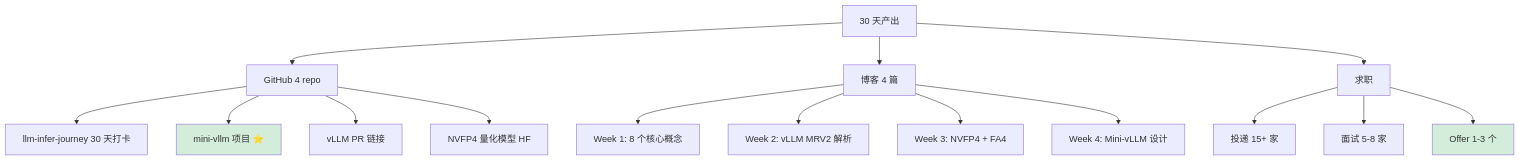
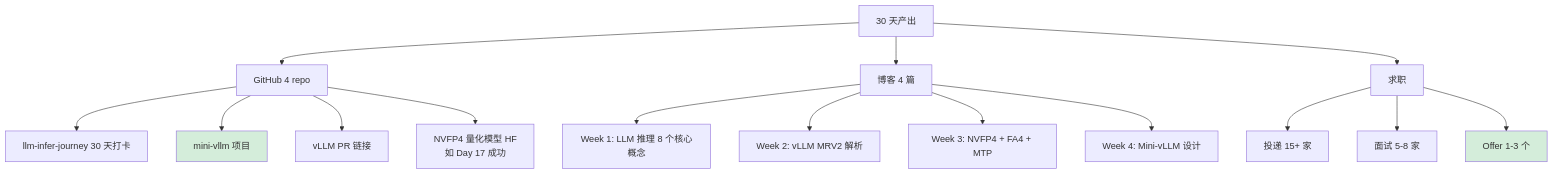
The third of 3 diagrams in 05-week4.md (Xuefei-Zhang/llm-infer-journey), drawn with Mermaid before and after one commit. The commit also changed other lines of this file and 11 other files, not shown here.

````diff
--- a/05-week4.md
+++ b/05-week4.md
@@ -482,24 +488,24 @@
 ```mermaid
 graph TD
     T[30 天产出]
 
     T --> A[GitHub 4 repo]
     A --> A1[llm-infer-journey 30 天打卡]
-    A --> A2[mini-vllm 项目 ⭐]
+    A --> A2[mini-vllm 项目]
     A --> A3[vLLM PR 链接]
-    A --> A4[NVFP4 量化模型 HF]
+    A --> A4[NVFP4 量化模型 HF<br/>如 Day 17 成功]
 
     T --> B[博客 4 篇]
-    B --> B1[Week 1: 8 个核心概念]
+    B --> B1[Week 1: LLM 推理 8 个核心概念]
     B --> B2[Week 2: vLLM MRV2 解析]
-    B --> B3[Week 3: NVFP4 + FA4]
+    B --> B3[Week 3: NVFP4 + FA4 + MTP]
     B --> B4[Week 4: Mini-vLLM 设计]
 
     T --> C[求职]
     C --> C1[投递 15+ 家]
     C --> C2[面试 5-8 家]
     C --> C3[Offer 1-3 个]
 
     style A2 fill:#d4edda
     style C3 fill:#d4edda
 ```
````
